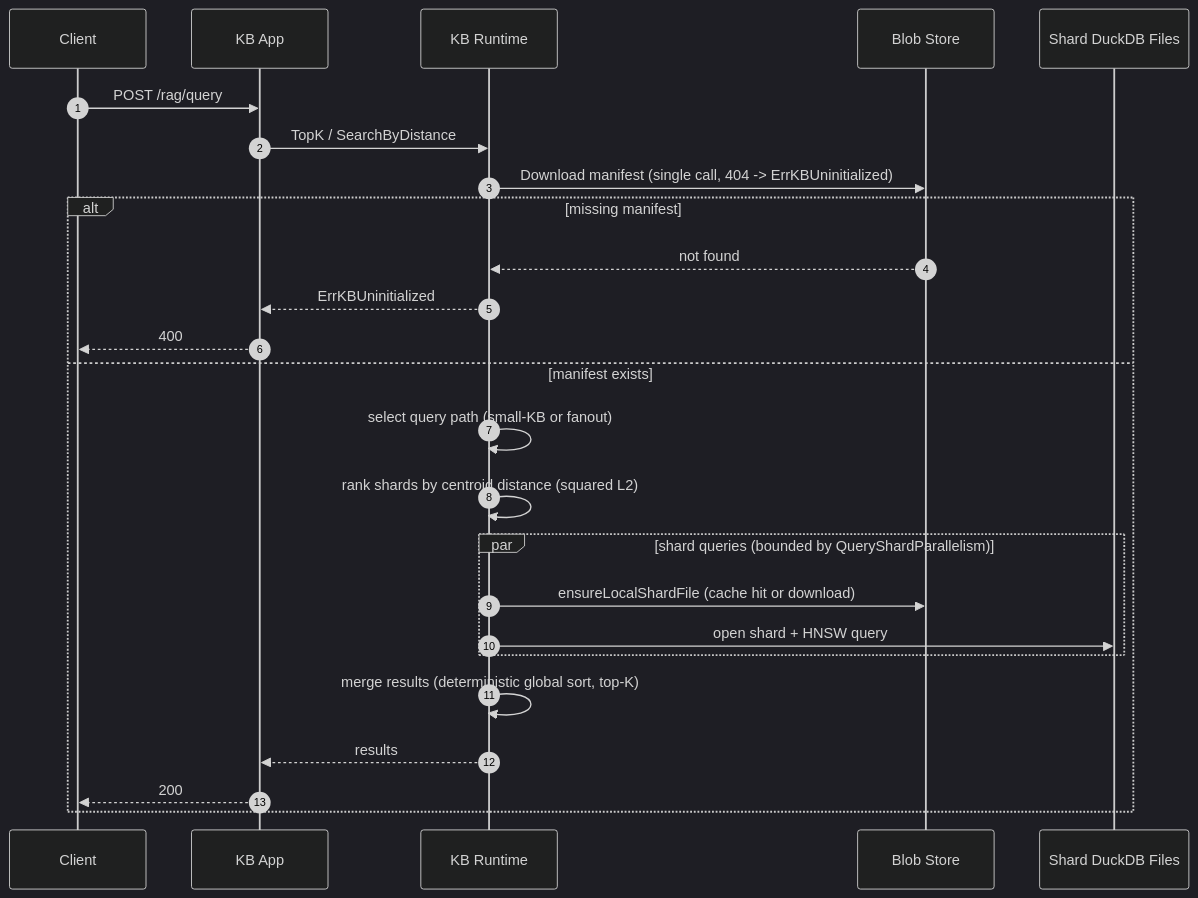
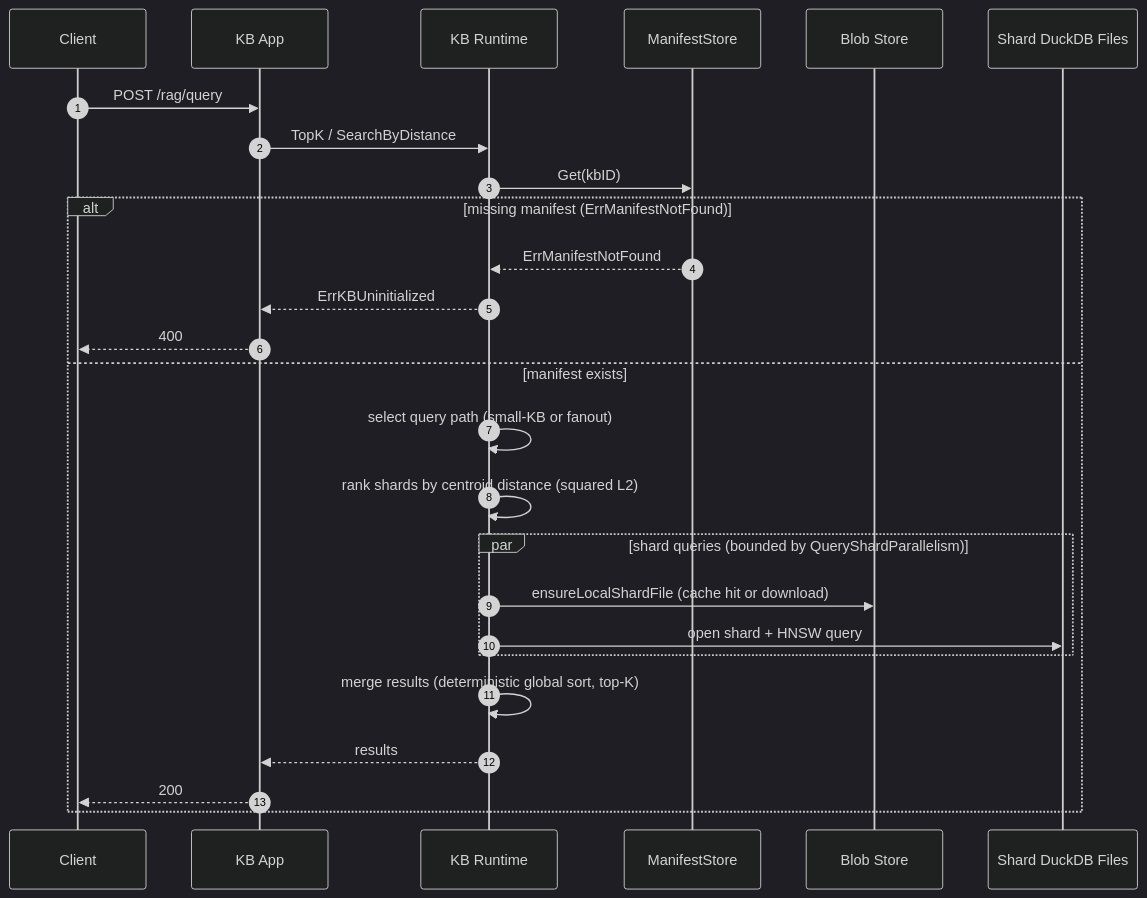
The third of 4 diagrams in docs/architecture.md (mikills/minnow), drawn with Mermaid (dark theme) before and after one commit. The commit also changed other lines of this file and 2 other files, not shown here.

Commit message:
Update docs for manifest store

````diff
--- a/docs/architecture.md
+++ b/docs/architecture.md
@@ -69,28 +69,29 @@
 ```mermaid
 sequenceDiagram
     autonumber
     participant C as Client
     participant A as KB App
     participant K as KB Runtime
+    participant M as ManifestStore
     participant B as Blob Store
     participant S as Shard DuckDB Files
 
     C->>A: POST /rag/query
     A->>K: TopK / SearchByDistance
-    K->>B: Download manifest (single call, 404 -> ErrKBUninitialized)
-    alt missing manifest
-        B-->>K: not found
+    K->>M: Get(kbID)
+    alt missing manifest (ErrManifestNotFound)
+        M-->>K: ErrManifestNotFound
         K-->>A: ErrKBUninitialized
         A-->>C: 400
     else manifest exists
         K->>K: select query path (small-KB or fanout)
         K->>K: rank shards by centroid distance (squared L2)
         par shard queries (bounded by QueryShardParallelism)
             K->>B: ensureLocalShardFile (cache hit or download)
             K->>S: open shard + HNSW query
         end
         K->>K: merge results (deterministic global sort, top-K)
         K-->>A: results
         A-->>C: 200
     end
 ```
````
